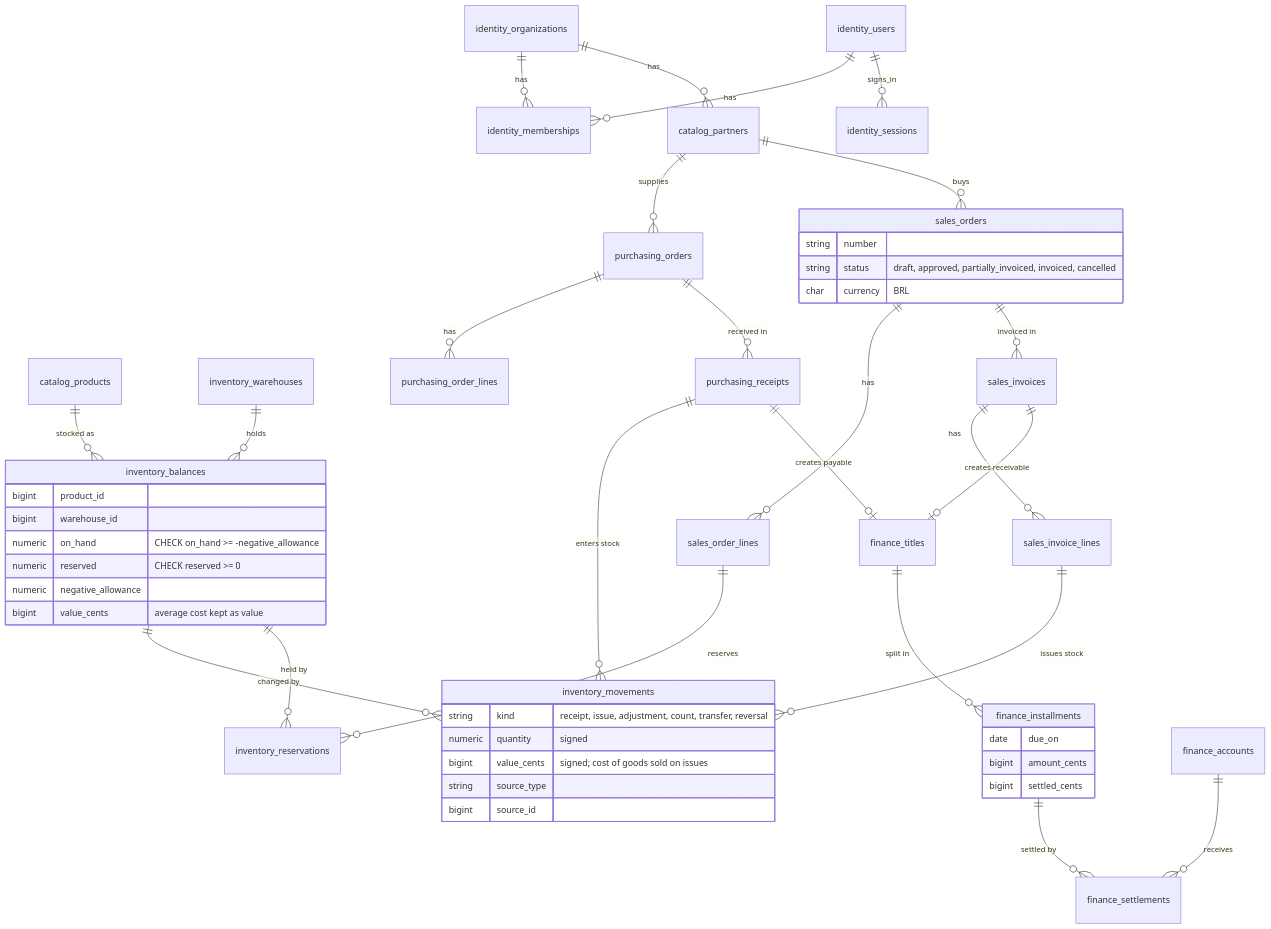
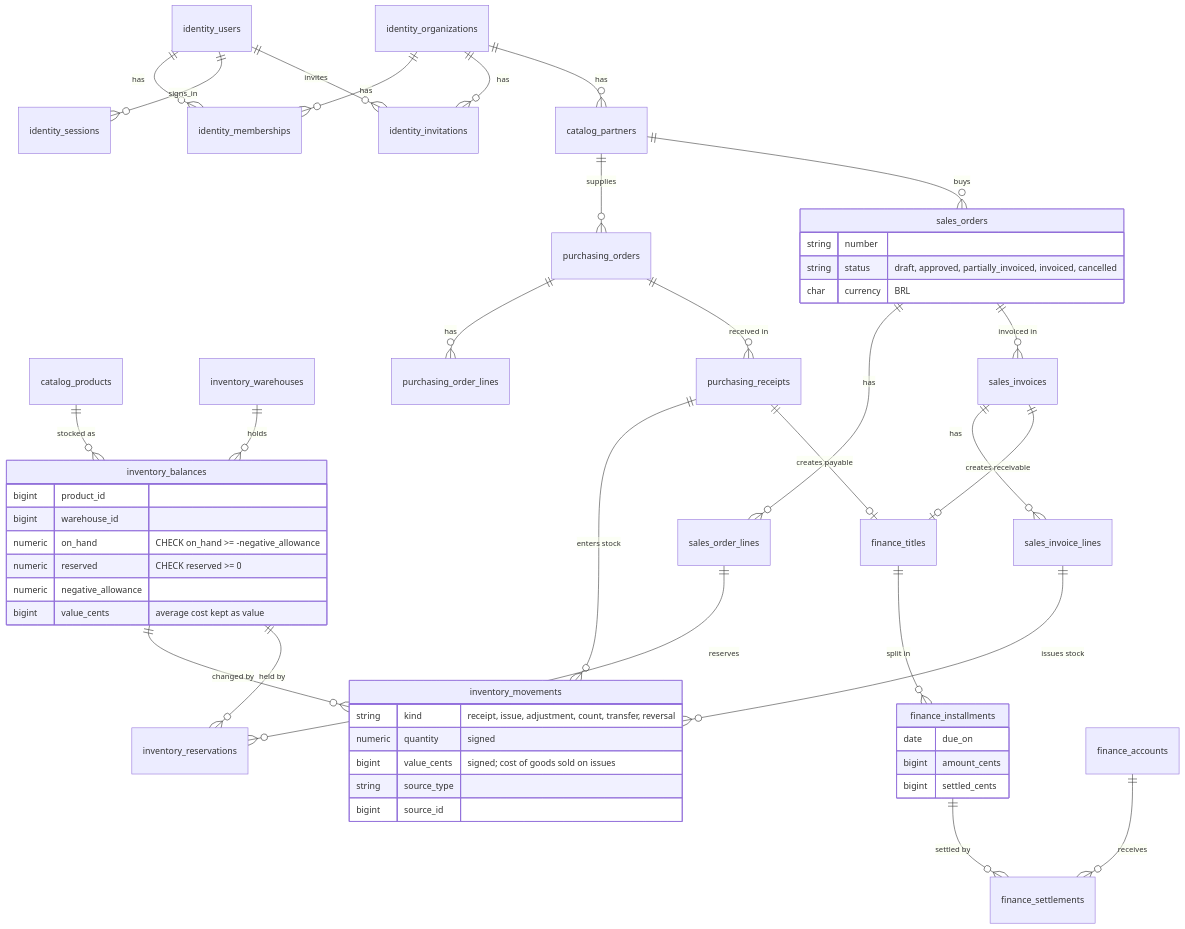
Before and after one commit to TiagosailE/alicerce: the third of 4 diagrams in docs/architecture.md, drawn with Mermaid. The commit also changed 34 other files, not shown here.

````diff
--- a/docs/architecture.md
+++ b/docs/architecture.md
@@ -79,56 +79,58 @@
 ```mermaid
 erDiagram
   identity_organizations ||--o{ identity_memberships : has
   identity_users ||--o{ identity_memberships : has
   identity_users ||--o{ identity_sessions : signs_in
+  identity_organizations ||--o{ identity_invitations : has
+  identity_users ||--o{ identity_invitations : invites
   identity_organizations ||--o{ catalog_partners : has
 
   catalog_products ||--o{ inventory_balances : "stocked as"
   inventory_warehouses ||--o{ inventory_balances : holds
   inventory_balances ||--o{ inventory_movements : "changed by"
   inventory_balances ||--o{ inventory_reservations : "held by"
 
   catalog_partners ||--o{ purchasing_orders : supplies
   purchasing_orders ||--o{ purchasing_order_lines : has
   purchasing_orders ||--o{ purchasing_receipts : "received in"
   purchasing_receipts ||--o{ inventory_movements : "enters stock"
 
   catalog_partners ||--o{ sales_orders : buys
   sales_orders ||--o{ sales_order_lines : has
   sales_order_lines ||--o{ inventory_reservations : reserves
   sales_orders ||--o{ sales_invoices : "invoiced in"
   sales_invoices ||--o{ sales_invoice_lines : has
   sales_invoice_lines ||--o{ inventory_movements : "issues stock"
 
   purchasing_receipts ||--o| finance_titles : "creates payable"
   sales_invoices ||--o| finance_titles : "creates receivable"
   finance_titles ||--o{ finance_installments : "split in"
   finance_installments ||--o{ finance_settlements : "settled by"
   finance_accounts ||--o{ finance_settlements : receives
 
   inventory_balances {
     bigint product_id
     bigint warehouse_id
     numeric on_hand "CHECK on_hand >= -negative_allowance"
     numeric reserved "CHECK reserved >= 0"
     numeric negative_allowance
     bigint value_cents "average cost kept as value"
   }
   inventory_movements {
     string kind "receipt, issue, adjustment, count, transfer, reversal"
     numeric quantity "signed"
     bigint value_cents "signed; cost of goods sold on issues"
     string source_type
     bigint source_id
   }
   sales_orders {
     string number
     string status "draft, approved, partially_invoiced, invoiced, cancelled"
     char currency "BRL"
   }
   finance_installments {
     date due_on
     bigint amount_cents
     bigint settled_cents
   }
 ```
````
